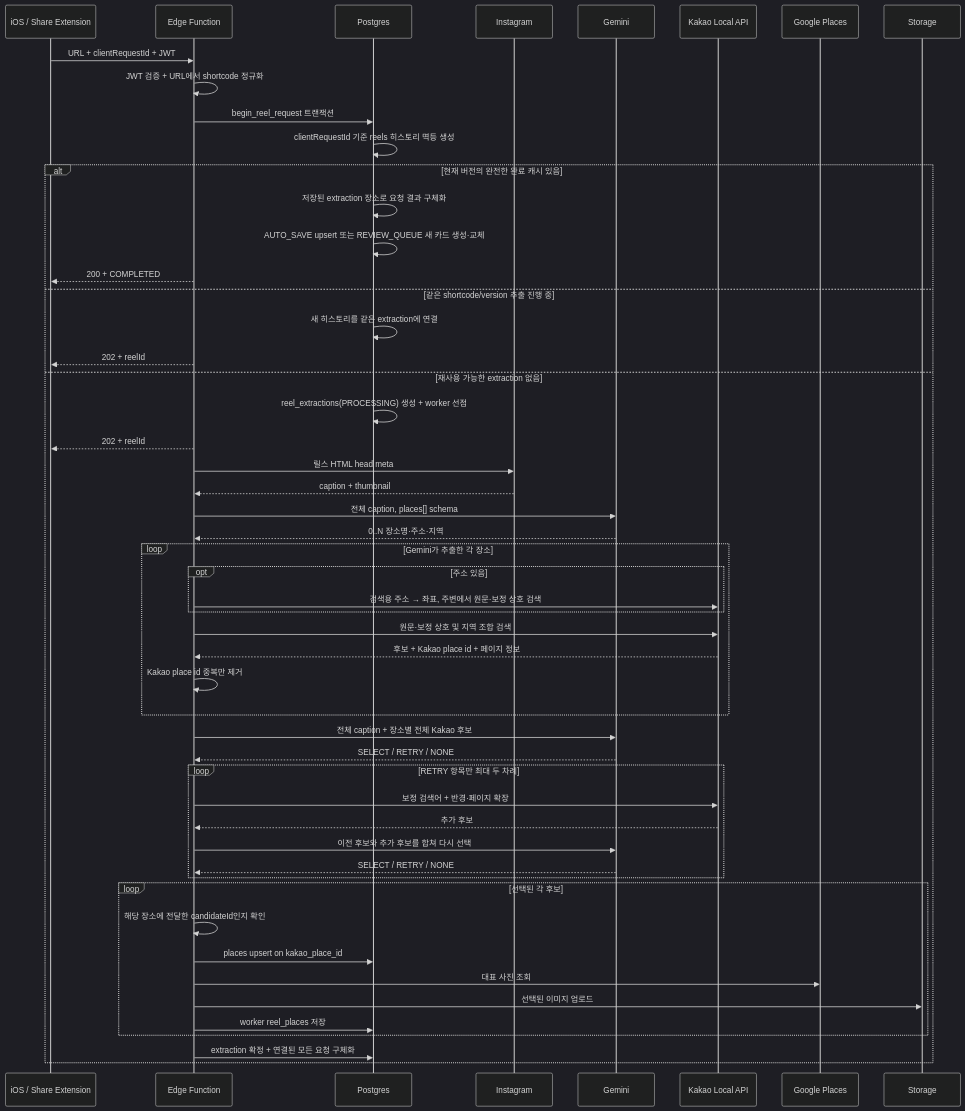
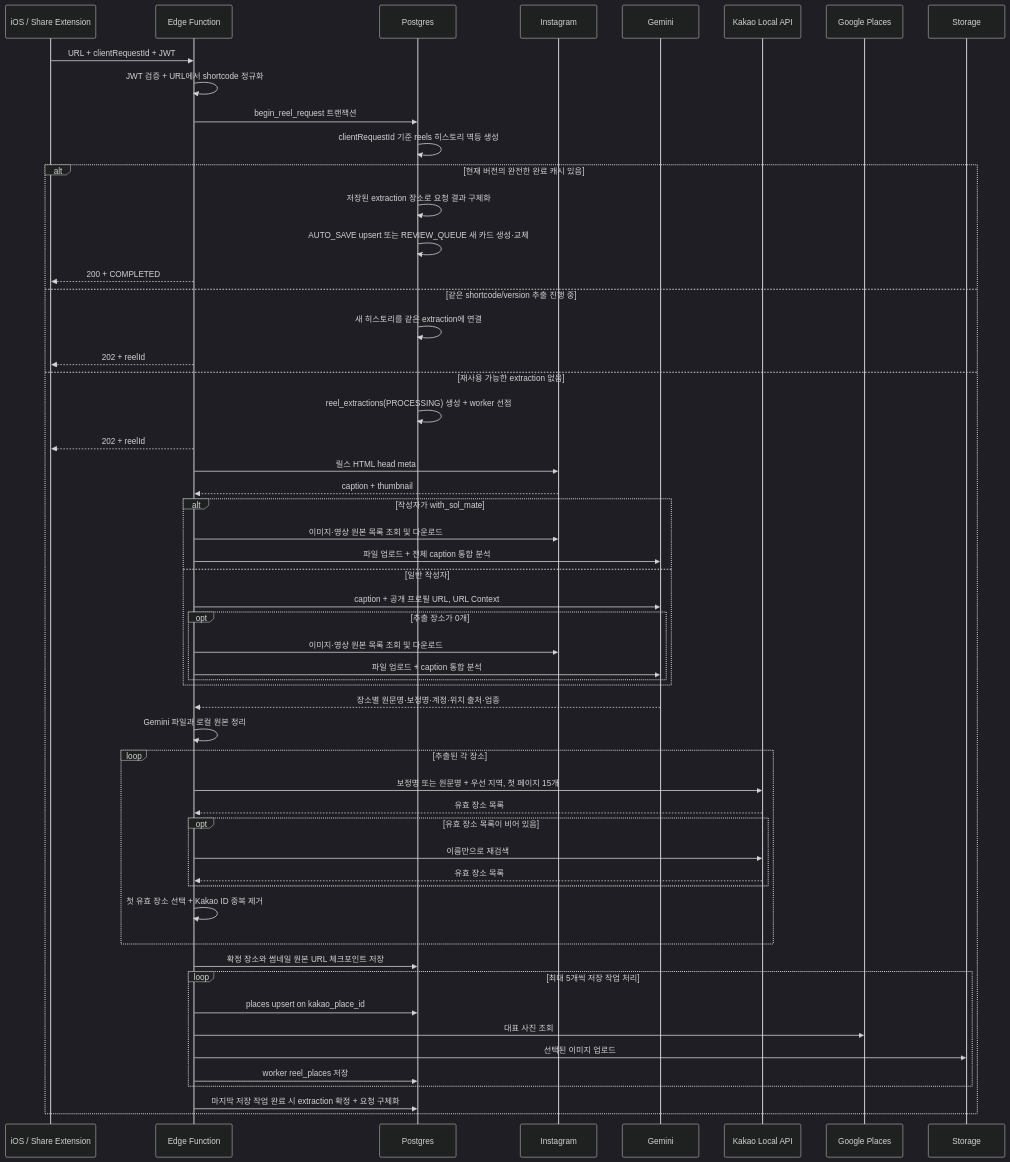
The diagram in docs/save-instagram-reel-flow.md (Jiihyun/yeogidam), drawn with Mermaid (dark theme) before and after one commit. The commit also changed other lines of this file and 17 other files, not shown here.

````diff
--- a/docs/save-instagram-reel-flow.md
+++ b/docs/save-instagram-reel-flow.md
@@ -44,55 +45,58 @@
 ```mermaid
 sequenceDiagram
     participant U as iOS / Share Extension
     participant F as Edge Function
     participant D as Postgres
     participant I as Instagram
     participant AI as Gemini
     participant K as Kakao Local API
     participant G as Google Places
     participant S as Storage
 
     U->>F: URL + clientRequestId + JWT
     F->>F: JWT 검증 + URL에서 shortcode 정규화
     F->>D: begin_reel_request 트랜잭션
     D->>D: clientRequestId 기준 reels 히스토리 멱등 생성
     alt 현재 버전의 완전한 완료 캐시 있음
         D->>D: 저장된 extraction 장소로 요청 결과 구체화
         D->>D: AUTO_SAVE upsert 또는 REVIEW_QUEUE 새 카드 생성·교체
         F-->>U: 200 + COMPLETED
     else 같은 shortcode/version 추출 진행 중
         D->>D: 새 히스토리를 같은 extraction에 연결
         F-->>U: 202 + reelId
     else 재사용 가능한 extraction 없음
         D->>D: reel_extractions(PROCESSING) 생성 + worker 선점
         F-->>U: 202 + reelId
         F->>I: 릴스 HTML head meta
         I-->>F: caption + thumbnail
-        F->>AI: 전체 caption, places[] schema
-        AI-->>F: 0..N 장소명·주소·지역
-        loop Gemini가 추출한 각 장소
-            opt 주소 있음
-                F->>K: 검색용 주소 → 좌표, 주변에서 원문·보정 상호 검색
+        alt 작성자가 with_sol_mate
+            F->>I: 이미지·영상 원본 목록 조회 및 다운로드
+            F->>AI: 파일 업로드 + 전체 caption 통합 분석
+        else 일반 작성자
+            F->>AI: caption + 공개 프로필 URL, URL Context
+            opt 추출 장소가 0개
+                F->>I: 이미지·영상 원본 목록 조회 및 다운로드
+                F->>AI: 파일 업로드 + caption 통합 분석
             end
-            F->>K: 원문·보정 상호 및 지역 조합 검색
-            K-->>F: 후보 + Kakao place id + 페이지 정보
-            F->>F: Kakao place id 중복만 제거
         end
-        F->>AI: 전체 caption + 장소별 전체 Kakao 후보
-        AI-->>F: SELECT / RETRY / NONE
-        loop RETRY 항목만 최대 두 차례
-            F->>K: 보정 검색어 + 반경·페이지 확장
-            K-->>F: 추가 후보
-            F->>AI: 이전 후보와 추가 후보를 합쳐 다시 선택
-            AI-->>F: SELECT / RETRY / NONE
+        AI-->>F: 장소별 원문명·보정명·계정·위치 출처·업종
+        F->>F: Gemini 파일과 로컬 원본 정리
+        loop 추출된 각 장소
+            F->>K: 보정명 또는 원문명 + 우선 지역, 첫 페이지 15개
+            K-->>F: 유효 장소 목록
+            opt 유효 장소 목록이 비어 있음
+                F->>K: 이름만으로 재검색
+                K-->>F: 유효 장소 목록
+            end
+            F->>F: 첫 유효 장소 선택 + Kakao ID 중복 제거
         end
-        loop 선택된 각 후보
-            F->>F: 해당 장소에 전달한 candidateId인지 확인
+        F->>D: 확정 장소와 썸네일 원본 URL 체크포인트 저장
+        loop 최대 5개씩 저장 작업 처리
             F->>D: places upsert on kakao_place_id
             F->>G: 대표 사진 조회
             F->>S: 선택된 이미지 업로드
             F->>D: worker reel_places 저장
         end
-        F->>D: extraction 확정 + 연결된 모든 요청 구체화
+        F->>D: 마지막 저장 작업 완료 시 extraction 확정 + 요청 구체화
     end
 ```
````
